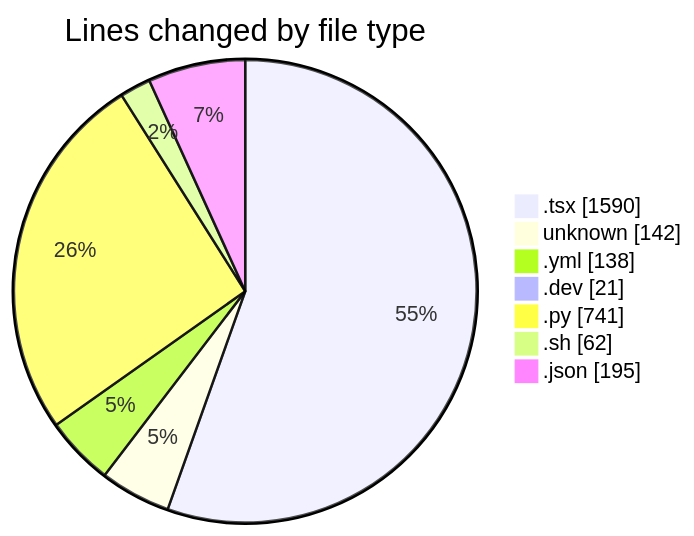
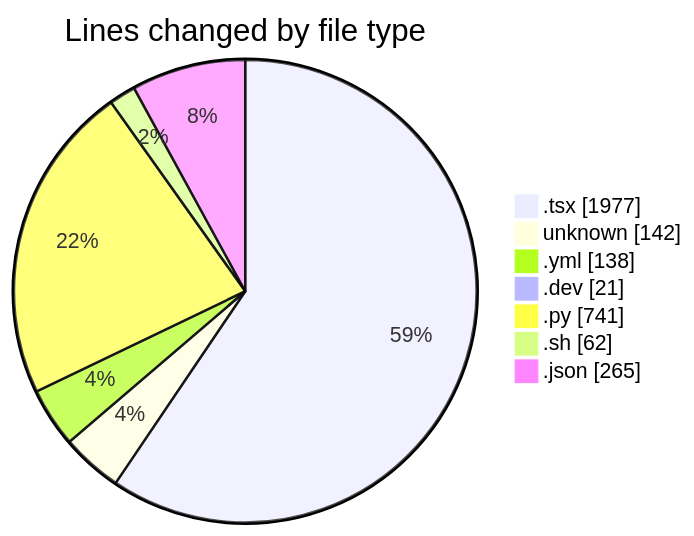
Before and after one commit to Elitesun/code-tracking: the first of 2 diagrams in 2025-05-18/niten/README.md, drawn with Mermaid. The commit also changed other lines of this file and 1 other file, not shown here.

````diff
--- a/2025-05-18/niten/README.md
+++ b/2025-05-18/niten/README.md
@@ -38,11 +43,11 @@
 ```mermaid
 pie showData
 title Lines changed by file type
-".tsx" : 1590
+".tsx" : 1977
 "unknown" : 142
 ".yml" : 138
 ".dev" : 21
 ".py" : 741
 ".sh" : 62
-".json" : 195
+".json" : 265
 ```
````
